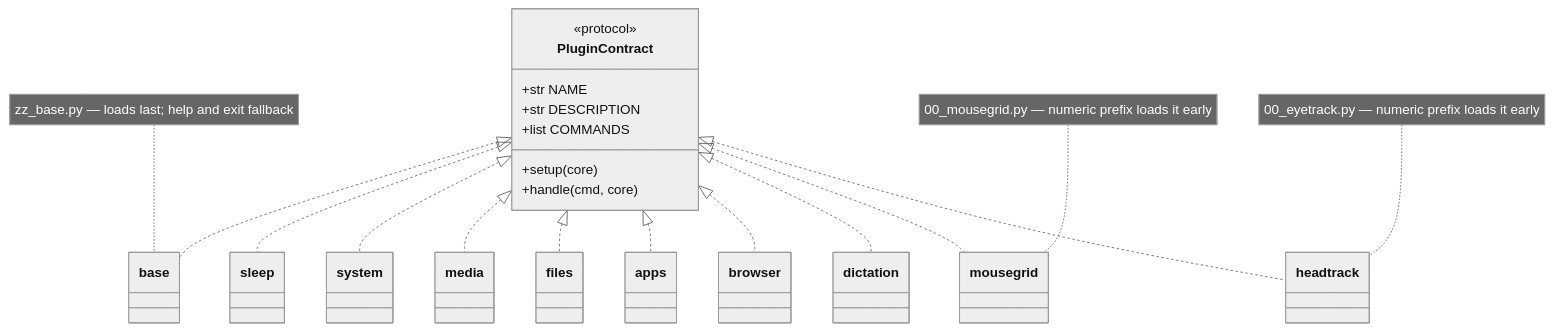
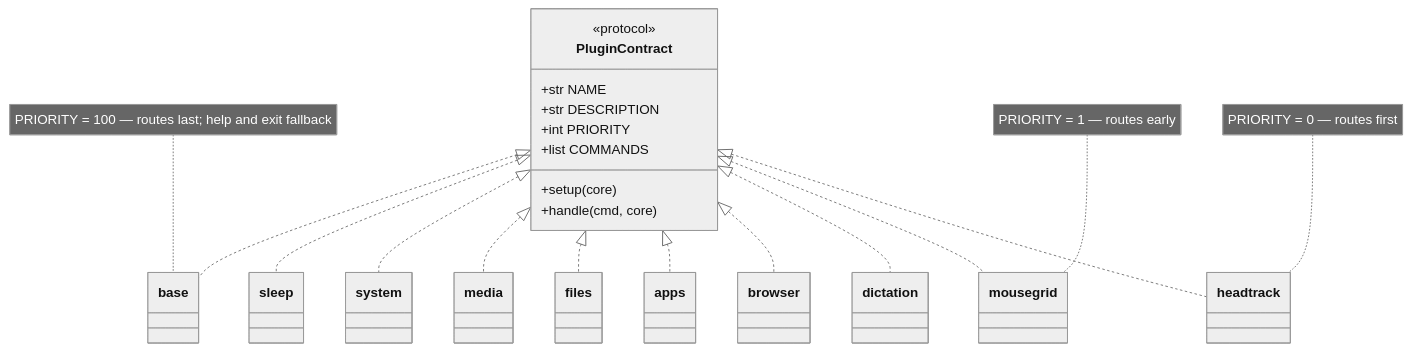
One commit to ctsdownloads/easyspeak changed the diagram in docs/reference/plugins.md. Above: the diagram before and after it, drawn with Mermaid (neutral theme). The commit also changed other lines of this file and 42 other files, not shown here.

````diff
--- a/docs/reference/plugins.md
+++ b/docs/reference/plugins.md
@@ -8,36 +10,37 @@
 ```mermaid
 classDiagram
     class PluginContract {
         <<protocol>>
         +str NAME
         +str DESCRIPTION
+        +int PRIORITY
         +list COMMANDS
         +setup(core)
         +handle(cmd, core)
     }
     class base
     class sleep
     class system
     class media
     class files
     class apps
     class browser
     class dictation
     class mousegrid
     class headtrack
 
     PluginContract <|.. base
     PluginContract <|.. sleep
     PluginContract <|.. system
     PluginContract <|.. media
     PluginContract <|.. files
     PluginContract <|.. apps
     PluginContract <|.. browser
     PluginContract <|.. dictation
     PluginContract <|.. mousegrid
     PluginContract <|.. headtrack
 
-    note for base "zz_base.py — loads last; help and exit fallback"
-    note for mousegrid "00_mousegrid.py — numeric prefix loads it early"
-    note for headtrack "00_eyetrack.py — numeric prefix loads it early"
+    note for base "PRIORITY = 100 — routes last; help and exit fallback"
+    note for mousegrid "PRIORITY = 1 — routes early"
+    note for headtrack "PRIORITY = 0 — routes first"
 ```
````
